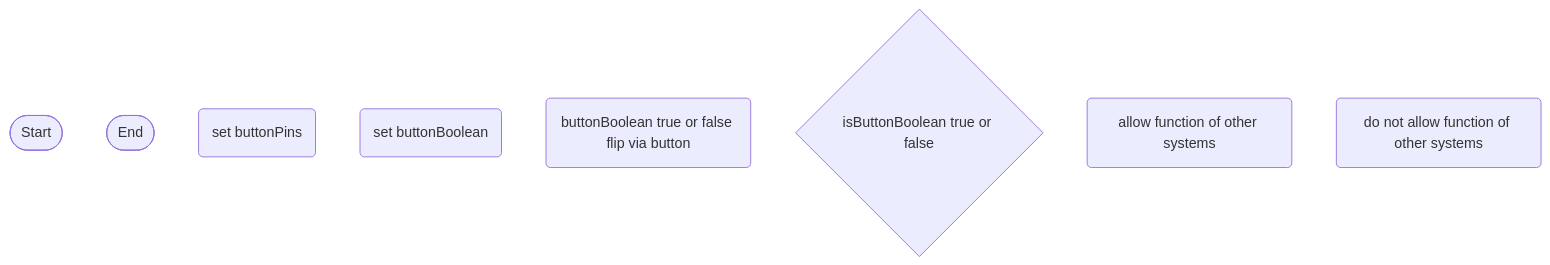
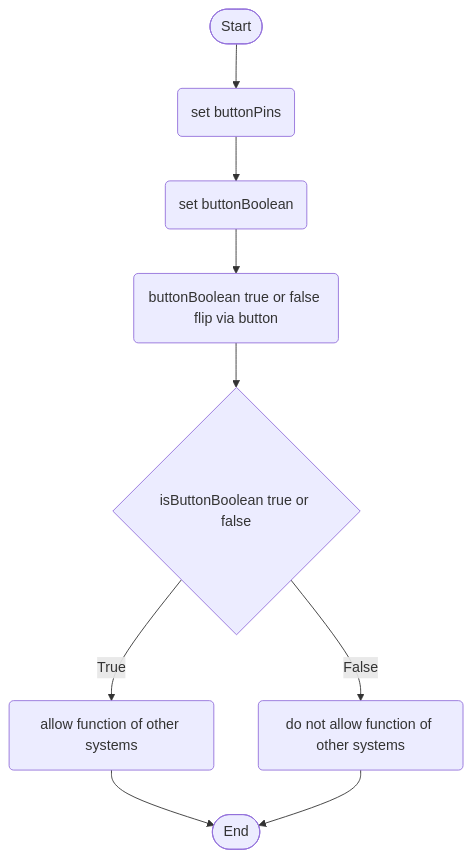
One commit to Deltace05/SmartDog changed the third of 3 diagrams in logic.md. Above: the diagram before and after it, drawn with Mermaid.

````diff
--- a/logic.md
+++ b/logic.md
@@ -75,16 +75,20 @@
 ```mermaid
 flowchart TD
 terminalStart([Start])
 terminalEnd([End])
 setButton(set buttonPins)
 setBoolean(set buttonBoolean)
 buttonData(buttonBoolean true or false flip via button)
 ifBooleanTrueFalse{isButtonBoolean true or false}
 ifBooleanTrue(allow function of other systems)
 ifBooleanFalse(do not allow function of other systems)
 
-
-
-
-
+terminalStart --> setButton
+setButton --> setBoolean
+setBoolean --> buttonData
+buttonData --> ifBooleanTrueFalse
+ifBooleanTrueFalse --> |True| ifBooleanTrue
+ifBooleanTrue --> terminalEnd
+ifBooleanTrueFalse --> |False| ifBooleanFalse
+ifBooleanFalse --> terminalEnd
 ```
````
